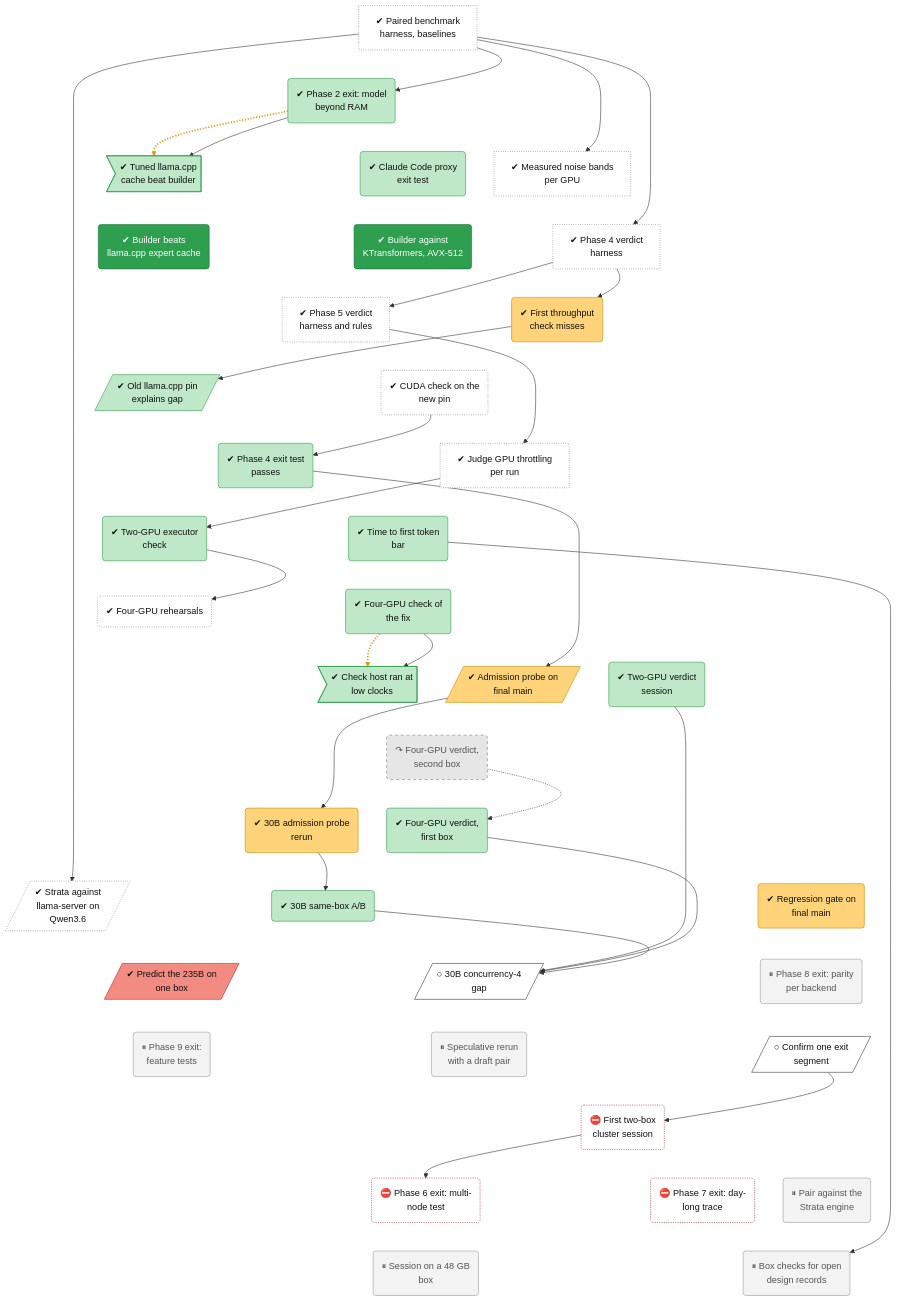
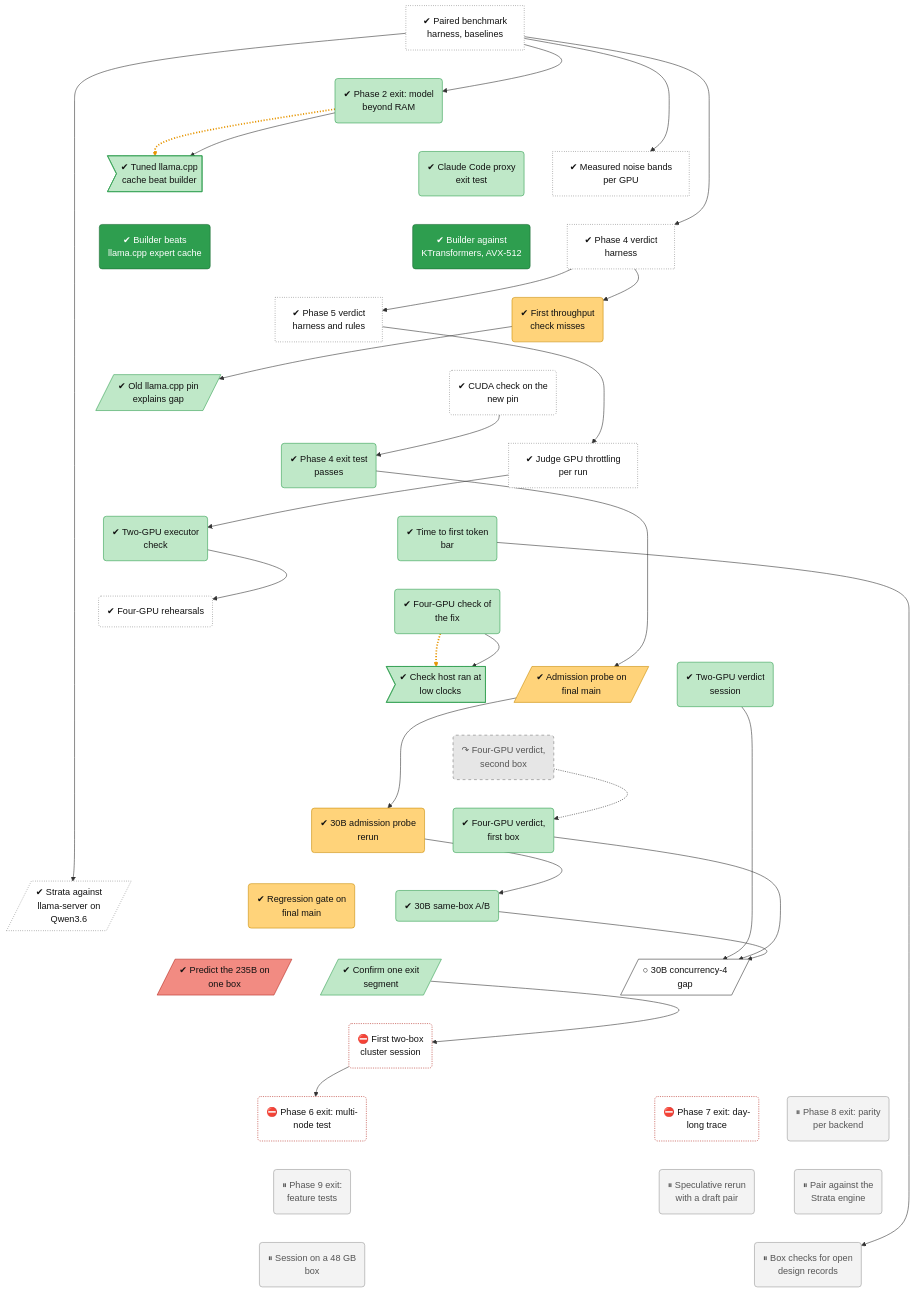
The diagram in docs/roadmap/tracks/bench.md (lhns/tetraeder), drawn with Mermaid before and after one commit. The commit also changed other lines of this file and 75 other files, not shown here.

Commit message:
Phase 6, ADR 0092 confirmation: tree node bench-235b-segment-confirm done (e_pp +0.077, e_tg -0.044, gate held), roadmap rebuilt (not measured)

````diff
--- a/docs/roadmap/tracks/bench.md
+++ b/docs/roadmap/tracks/bench.md
@@ -37,14 +37,14 @@
     bench_strata_q36[/"✔ Strata against<br/>llama-server on<br/>Qwen3.6"/]
     bench_regression_gate("✔ Regression gate on<br/>final main")
     bench_235b_stream_predict[/"✔ Predict the 235B on<br/>one box"/]
+    bench_235b_segment_confirm[/"✔ Confirm one exit<br/>segment"/]
     bench_30b_c4_gap[/"○ 30B concurrency-4<br/>gap"/]
+    bench_phase6_rehearsal("⛔ First two-box<br/>cluster session")
+    bench_phase6_exit("⛔ Phase 6 exit: multi-<br/>node test")
+    bench_phase7_exit("⛔ Phase 7 exit: day-<br/>long trace")
     bench_phase8_exit("⏸ Phase 8 exit: parity<br/>per backend")
     bench_phase9_exit("⏸ Phase 9 exit:<br/>feature tests")
     bench_spec_rerun("⏸ Speculative rerun<br/>with a draft pair")
-    bench_235b_segment_confirm[/"○ Confirm one exit<br/>segment"/]
-    bench_phase6_rehearsal("⛔ First two-box<br/>cluster session")
-    bench_phase6_exit("⛔ Phase 6 exit: multi-<br/>node test")
-    bench_phase7_exit("⛔ Phase 7 exit: day-<br/>long trace")
     bench_strata_pairing("⏸ Pair against the<br/>Strata engine")
     bench_d1_session("⏸ Session on a 48 GB<br/>box")
     bench_open_records("⏸ Box checks for open<br/>design records")
@@ -78,19 +78,19 @@
     bench_d2a_30b ~~~ bench_strata_q36
     bench_d2a_30b ~~~ bench_regression_gate
     bench_ab30b ~~~ bench_235b_stream_predict
-    bench_strata_q36 ~~~ bench_30b_c4_gap
-    bench_regression_gate ~~~ bench_phase8_exit
-    bench_235b_stream_predict ~~~ bench_phase9_exit
-    bench_30b_c4_gap ~~~ bench_spec_rerun
-    bench_phase8_exit ~~~ bench_235b_segment_confirm
-    bench_phase9_exit ~~~ bench_phase6_rehearsal
-    bench_spec_rerun ~~~ bench_phase6_rehearsal
+    bench_strata_q36 ~~~ bench_235b_segment_confirm
+    bench_regression_gate ~~~ bench_30b_c4_gap
+    bench_235b_stream_predict ~~~ bench_phase6_rehearsal
     bench_235b_segment_confirm ~~~ bench_phase6_rehearsal
+    bench_30b_c4_gap ~~~ bench_phase6_rehearsal
     bench_phase6_rehearsal ~~~ bench_phase6_exit
     bench_phase6_rehearsal ~~~ bench_phase7_exit
-    bench_phase6_rehearsal ~~~ bench_strata_pairing
-    bench_phase6_exit ~~~ bench_d1_session
-    bench_phase7_exit ~~~ bench_open_records
+    bench_phase6_rehearsal ~~~ bench_phase8_exit
+    bench_phase6_exit ~~~ bench_phase9_exit
+    bench_phase7_exit ~~~ bench_spec_rerun
+    bench_phase8_exit ~~~ bench_strata_pairing
+    bench_phase9_exit ~~~ bench_d1_session
+    bench_spec_rerun ~~~ bench_open_records
     bench_strata_pairing ~~~ bench_open_records
     bench_harness --> bench_phase2_exit
     bench_phase2_exit -.-> bench_defect_tuned_cache
@@ -133,12 +133,12 @@
     classDef finding fill:#ffe0b2,stroke:#d84315,stroke-width:2px,color:#111
     classDef waiting fill:#e3f2fd,stroke:#1f6fc5,stroke-dasharray:5 5,color:#111
     class bench_harness,bench_noise_bands,bench_phase4_harness,bench_phase5_harness,bench_pin_confirm,bench_throttle_rules,bench_s3_rehearsal,bench_strata_q36 unrated
-    class bench_phase2_exit,bench_defect_tuned_cache,bench_phase3b_proxy,bench_pin_ab,bench_phase4_exit,bench_s2_step0,bench_ttft,bench_s3f2,bench_defect_s3f2_clock,bench_v2_verdict,bench_v4a_verdict,bench_ab30b succ
+    class bench_phase2_exit,bench_defect_tuned_cache,bench_phase3b_proxy,bench_pin_ab,bench_phase4_exit,bench_s2_step0,bench_ttft,bench_s3f2,bench_defect_s3f2_clock,bench_v2_verdict,bench_v4a_verdict,bench_ab30b,bench_235b_segment_confirm succ
     class bench_m1_point1,bench_m1_point3 vsucc
     class bench_d2a_rerun,bench_d2a_probe,bench_d2a_30b,bench_regression_gate mixed
     class bench_v4b_verdict dead
     class bench_235b_stream_predict bad
-    class bench_30b_c4_gap,bench_235b_segment_confirm next
+    class bench_30b_c4_gap next
+    class bench_phase6_rehearsal,bench_phase6_exit,bench_phase7_exit blocked
     class bench_phase8_exit,bench_phase9_exit,bench_spec_rerun,bench_strata_pairing,bench_d1_session,bench_open_records parked
-    class bench_phase6_rehearsal,bench_phase6_exit,bench_phase7_exit blocked
 ```
````
